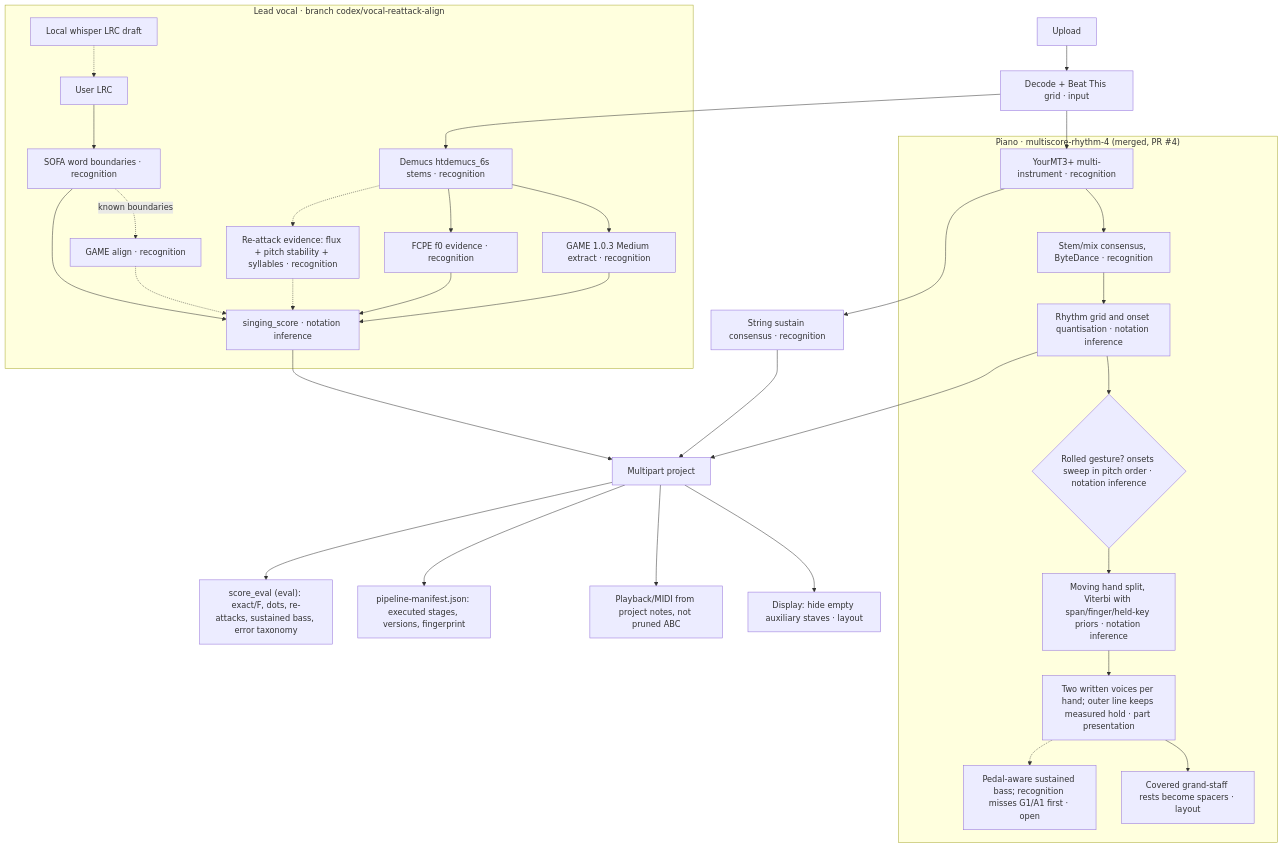
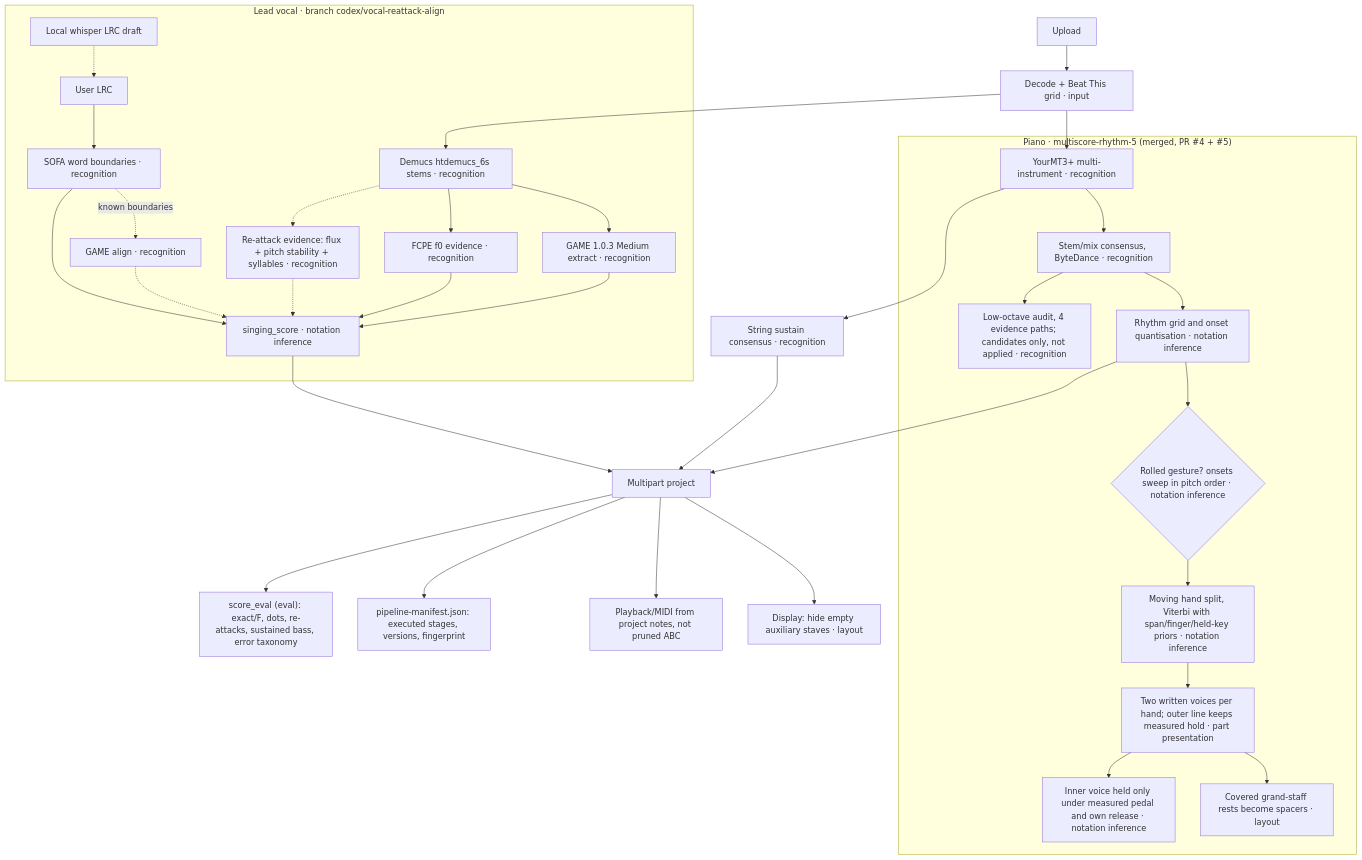
Before and after one commit to zzzhhn/coro-workbench: the diagram in docs/PIPELINE.md, drawn with Mermaid. The commit also changed other lines of this file, not shown here.

Commit message:
Pipeline doc: piano v5.1 merged

````diff
--- a/docs/PIPELINE.md
+++ b/docs/PIPELINE.md
@@ -13,39 +13,40 @@
 ```mermaid
 flowchart TD
   A[Upload] --> B[Decode + Beat This grid · input]
   B --> SEP[Demucs htdemucs_6s stems · recognition]
   B --> MT[YourMT3+ multi-instrument · recognition]
 
   subgraph Vocal["Lead vocal · branch codex/vocal-reattack-align"]
     SEP --> GE[GAME 1.0.3 Medium extract · recognition]
     SEP --> FC[FCPE f0 evidence · recognition]
     LRC[User LRC] --> SOFA[SOFA word boundaries · recognition]
     ASR[Local whisper LRC draft] -.-> LRC
     SOFA -.->|known boundaries| GA[GAME align · recognition]
     SEP -.-> RX[Re-attack evidence: flux + pitch stability + syllables · recognition]
     GE --> SS[singing_score · notation inference]
     GA -.-> SS
     RX -.-> SS
     FC --> SS
     SOFA --> SS
   end
 
-  subgraph Piano["Piano · multiscore-rhythm-4 (merged, PR #4)"]
+  subgraph Piano["Piano · multiscore-rhythm-5 (merged, PR #4 + #5)"]
     MT --> PC[Stem/mix consensus, ByteDance · recognition]
     PC --> PR[Rhythm grid and onset quantisation · notation inference]
     PR --> PA{Rolled gesture? onsets sweep in pitch order · notation inference}
     PA --> PH[Moving hand split, Viterbi with span/finger/held-key priors · notation inference]
     PH --> PV[Two written voices per hand; outer line keeps measured hold · part presentation]
     PV --> PL[Covered grand-staff rests become spacers · layout]
-    PV -.-> PD[Pedal-aware sustained bass; recognition misses G1/A1 first · open]
+    PV --> PP[Inner voice held only under measured pedal and own release · notation inference]
+    PC --> PO[Low-octave audit, 4 evidence paths; candidates only, not applied · recognition]
   end
 
   MT --> STR[String sustain consensus · recognition]
   SS --> PRJ[Multipart project]
   PR --> PRJ
   STR --> PRJ
   PRJ --> VIEW[Display: hide empty auxiliary staves · layout]
   PRJ --> AUD[Playback/MIDI from project notes, not pruned ABC]
   PRJ --> MAN[pipeline-manifest.json: executed stages, versions, fingerprint]
   PRJ --> EV["score_eval (eval): exact/F, dots, re-attacks, sustained bass, error taxonomy"]
 ```
````
